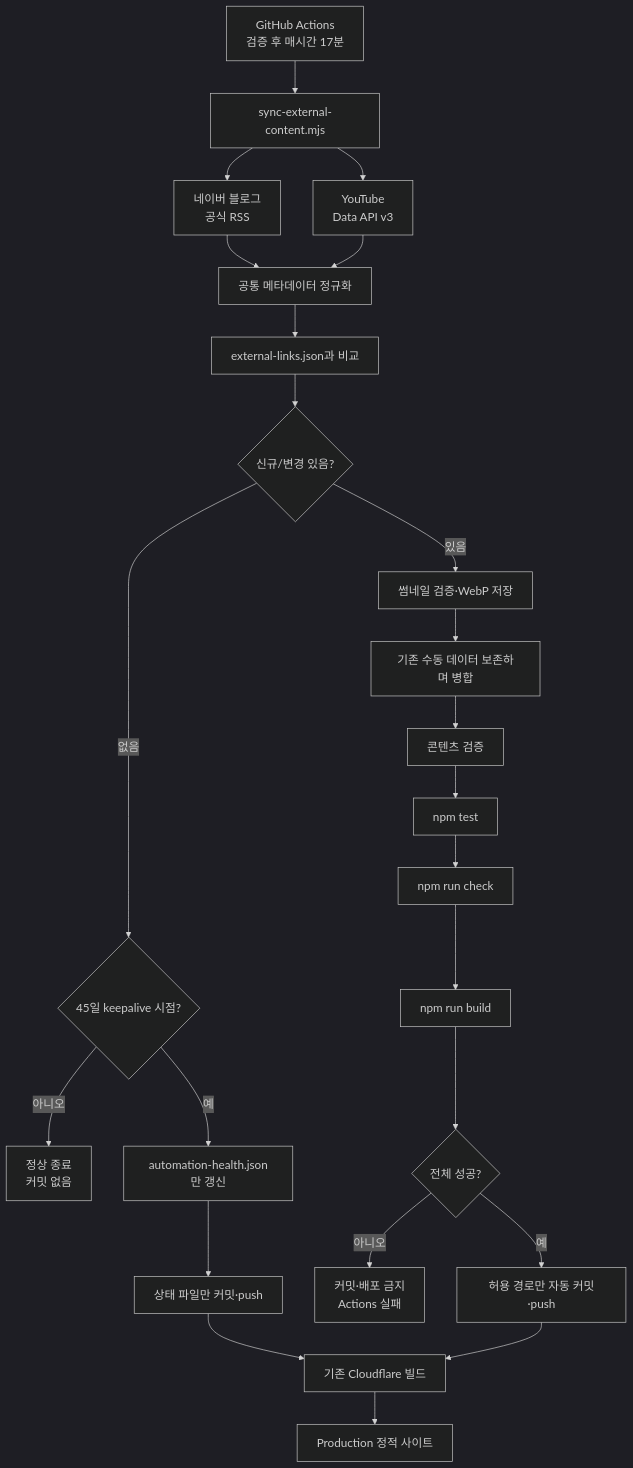
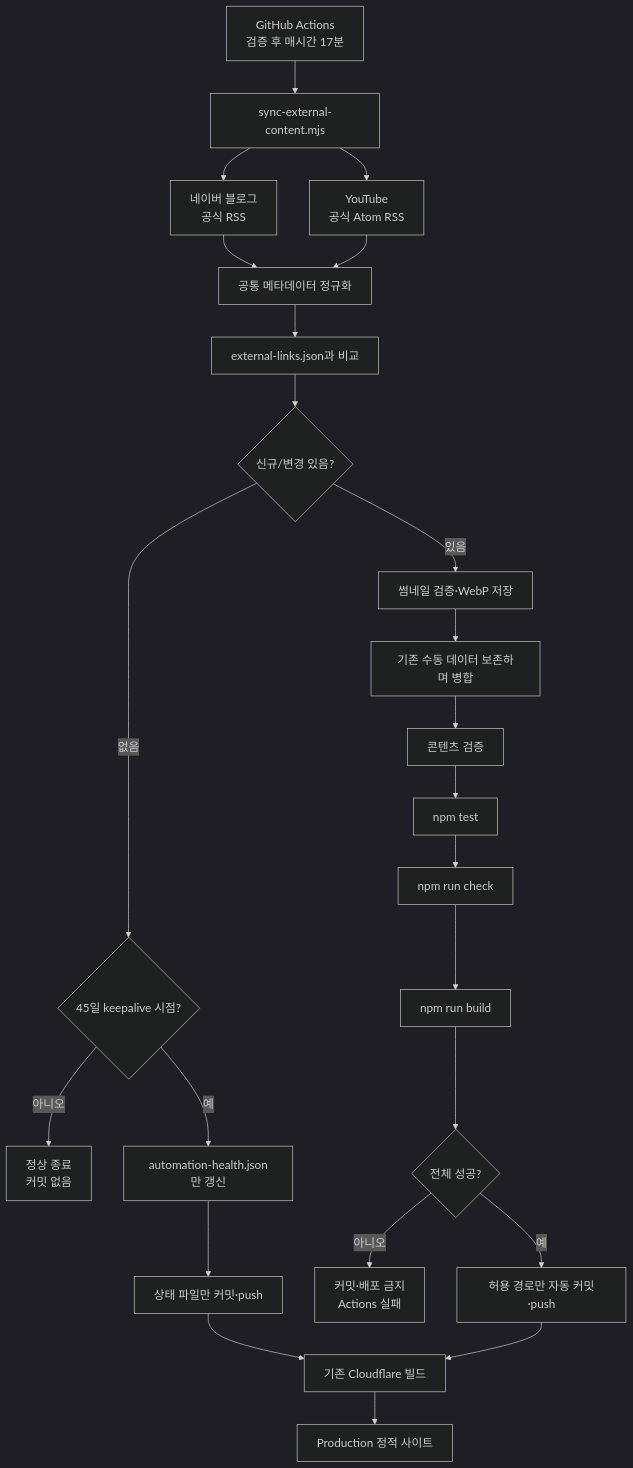
One commit to myoungsuk/real-estate-website changed the first of 3 diagrams in docs/게시글 자동 배치 개선안.md. Above: the diagram before and after it, drawn with Mermaid. The commit also changed other lines of this file and 41 other files, not shown here.

````diff
--- a/docs/게시글 자동 배치 개선안.md
+++ b/docs/게시글 자동 배치 개선안.md
@@ -230,34 +230,34 @@
 ```mermaid
 %%{init: {'theme':'dark','themeVariables':{'fontSize':'18px'}}}%%
 flowchart TD
     SCH["GitHub Actions<br/>검증 후 매시간 17분"] --> SYNC["sync-external-content.mjs"]
 
     SYNC --> BLOG["네이버 블로그<br/>공식 RSS"]
-    SYNC --> YT["YouTube<br/>Data API v3"]
+    SYNC --> YT["YouTube<br/>공식 Atom RSS"]
 
     BLOG --> NORMALIZE["공통 메타데이터 정규화"]
     YT --> NORMALIZE
 
     NORMALIZE --> DIFF["external-links.json과 비교"]
 
     DIFF --> NONE{"신규/변경 있음?"}
     NONE -- 없음 --> KEEP{"45일 keepalive 시점?"}
     KEEP -- 아니오 --> EXIT["정상 종료<br/>커밋 없음"]
     KEEP -- 예 --> HEARTBEAT["automation-health.json만 갱신"]
     NONE -- 있음 --> ASSET["썸네일 검증·WebP 저장"]
 
     ASSET --> MERGE["기존 수동 데이터 보존하며 병합"]
     MERGE --> VALIDATE["콘텐츠 검증"]
     VALIDATE --> TEST["npm test"]
     TEST --> CHECK["npm run check"]
     CHECK --> BUILD["npm run build"]
 
     BUILD --> OK{"전체 성공?"}
     OK -- 아니오 --> FAIL["커밋·배포 금지<br/>Actions 실패"]
     OK -- 예 --> COMMIT["허용 경로만 자동 커밋·push"]
 
     COMMIT --> CF["기존 Cloudflare 빌드"]
     HEARTBEAT --> KCOMMIT["상태 파일만 커밋·push"]
     KCOMMIT --> CF
     CF --> PROD["Production 정적 사이트"]
 ```
````
